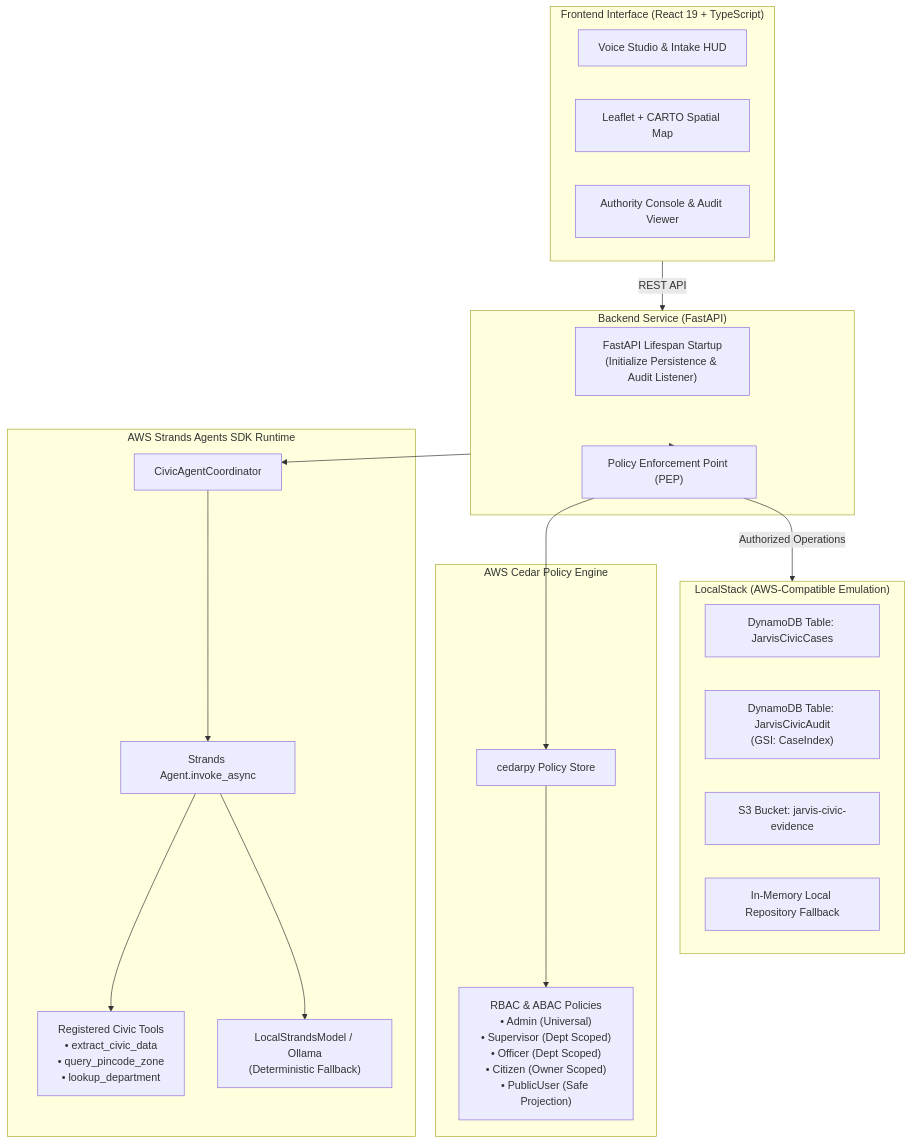
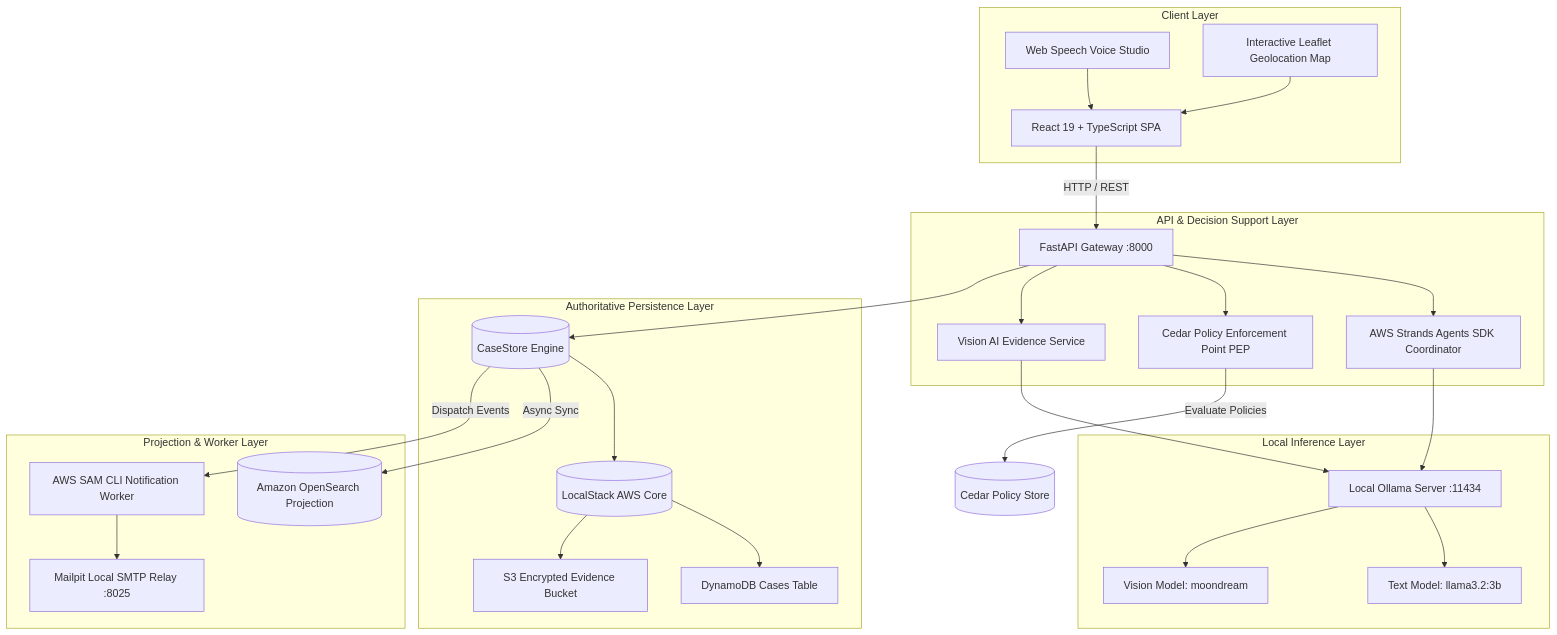
The second of 3 diagrams in README.md (Arvindkumar006/Jarvis-civic), drawn with Mermaid before and after one commit. The commit also changed other lines of this file and 86 other files, not shown here.

Commit message:
feat: finalize JARVIS Civic for AWS First Commit

````diff
--- a/README.md
+++ b/README.md
@@ -235,42 +99,57 @@
 ```mermaid
-flowchart TB
-    subgraph Client["Frontend Interface (React 19 + TypeScript)"]
-        UI_Voice["Voice Studio & Intake HUD"]
-        UI_Map["Leaflet + CARTO Spatial Map"]
-        UI_Workflow["Authority Console & Audit Viewer"]
+graph TB
+    subgraph Client Layer
+        Web[React 19 + TypeScript SPA]
+        Voice[Web Speech Voice Studio]
+        Map[Interactive Leaflet Geolocation Map]
     end
 
-    subgraph API["Backend Service (FastAPI)"]
-        Lifespan["FastAPI Lifespan Startup<br/>(Initialize Persistence & Audit Listener)"]
-        PEP["Policy Enforcement Point (PEP)"]
+    subgraph API & Decision Support Layer
+        FastAPI[FastAPI Gateway :8000]
+        PEP[Cedar Policy Enforcement Point PEP]
+        Strands[AWS Strands Agents SDK Coordinator]
+        Vision[Vision AI Evidence Service]
     end
 
-    subgraph AWS_Strands["AWS Strands Agents SDK Runtime"]
-        Coordinator["CivicAgentCoordinator"]
-        AgentRuntime["Strands Agent.invoke_async"]
-        Tools["Registered Civic Tools<br/>• extract_civic_data<br/>• query_pincode_zone<br/>• lookup_department"]
-        LocalModel["LocalStrandsModel / Ollama<br/>(Deterministic Fallback)"]
+    subgraph Local Inference Layer
+        Ollama[Local Ollama Server :11434]
+        TextM[Text Model: llama3.2:3b]
+        VisionM[Vision Model: moondream]
     end
 
-    subgraph AWS_Cedar["AWS Cedar Policy Engine"]
-        CedarEngine["cedarpy Policy Store"]
-        Policies["RBAC & ABAC Policies<br/>• Admin (Universal)<br/>• Supervisor (Dept Scoped)<br/>• Officer (Dept Scoped)<br/>• Citizen (Owner Scoped)<br/>• PublicUser (Safe Projection)"]
+    subgraph Authoritative Persistence Layer
+        CaseStore[(CaseStore Engine)]
+        LocalStack[(LocalStack AWS Core)]
+        DynamoDB[DynamoDB Cases Table]
+        S3[S3 Encrypted Evidence Bucket]
     end
 
-    subgraph LocalStack["LocalStack (AWS-Compatible Emulation)"]
-        DDB_Cases["DynamoDB Table: JarvisCivicCases"]
-        DDB_Audit["DynamoDB Table: JarvisCivicAudit<br/>(GSI: CaseIndex)"]
-        S3_Bucket["S3 Bucket: jarvis-civic-evidence"]
-        LocalFallback["In-Memory Local Repository Fallback"]
+    subgraph Projection & Worker Layer
+        OpenSearch[(Amazon OpenSearch Projection)]
+        SAMWorker[AWS SAM CLI Notification Worker]
+        Mailpit[Mailpit Local SMTP Relay :8025]
     end
 
-    Client -->|REST API| API
-    API --> Coordinator
-    Coordinator --> AgentRuntime
-    AgentRuntime --> Tools
-    AgentRuntime --> LocalModel
-    API --> PEP
-    PEP --> CedarEngine
-    CedarEngine --> Policies
-    PEP -->|Authorized Operations| LocalStack
+    Web -->|HTTP / REST| FastAPI
+    Voice --> Web
+    Map --> Web
+
+    FastAPI --> Strands
+    FastAPI --> PEP
+    FastAPI --> Vision
+
+    Strands --> Ollama
+    Vision --> Ollama
+    Ollama --> TextM
+    Ollama --> VisionM
+
+    PEP -->|Evaluate Policies| Cedar[(Cedar Policy Store)]
+    FastAPI --> CaseStore
+    CaseStore --> LocalStack
+    LocalStack --> DynamoDB
+    LocalStack --> S3
+
+    CaseStore -->|Async Sync| OpenSearch
+    CaseStore -->|Dispatch Events| SAMWorker
+    SAMWorker --> Mailpit
 ```
````
